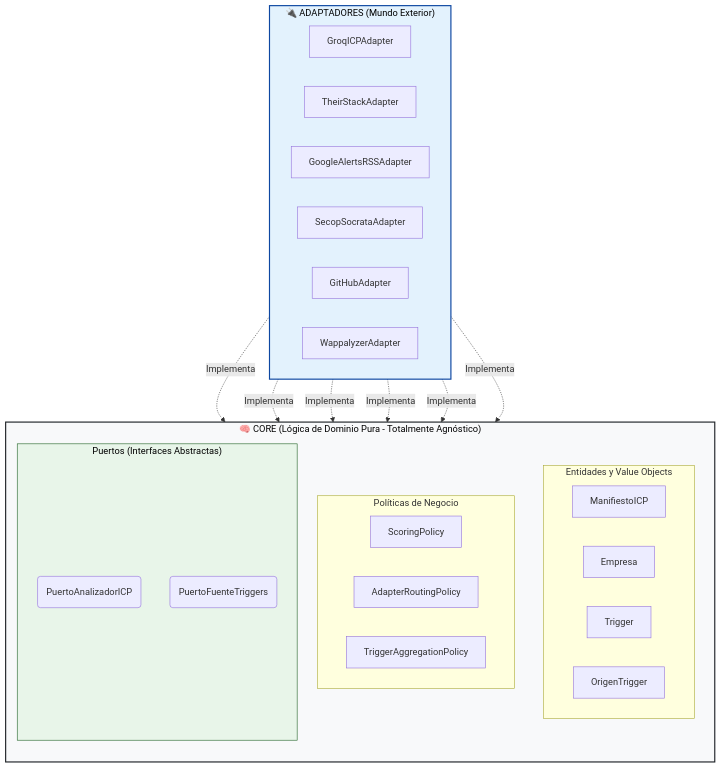
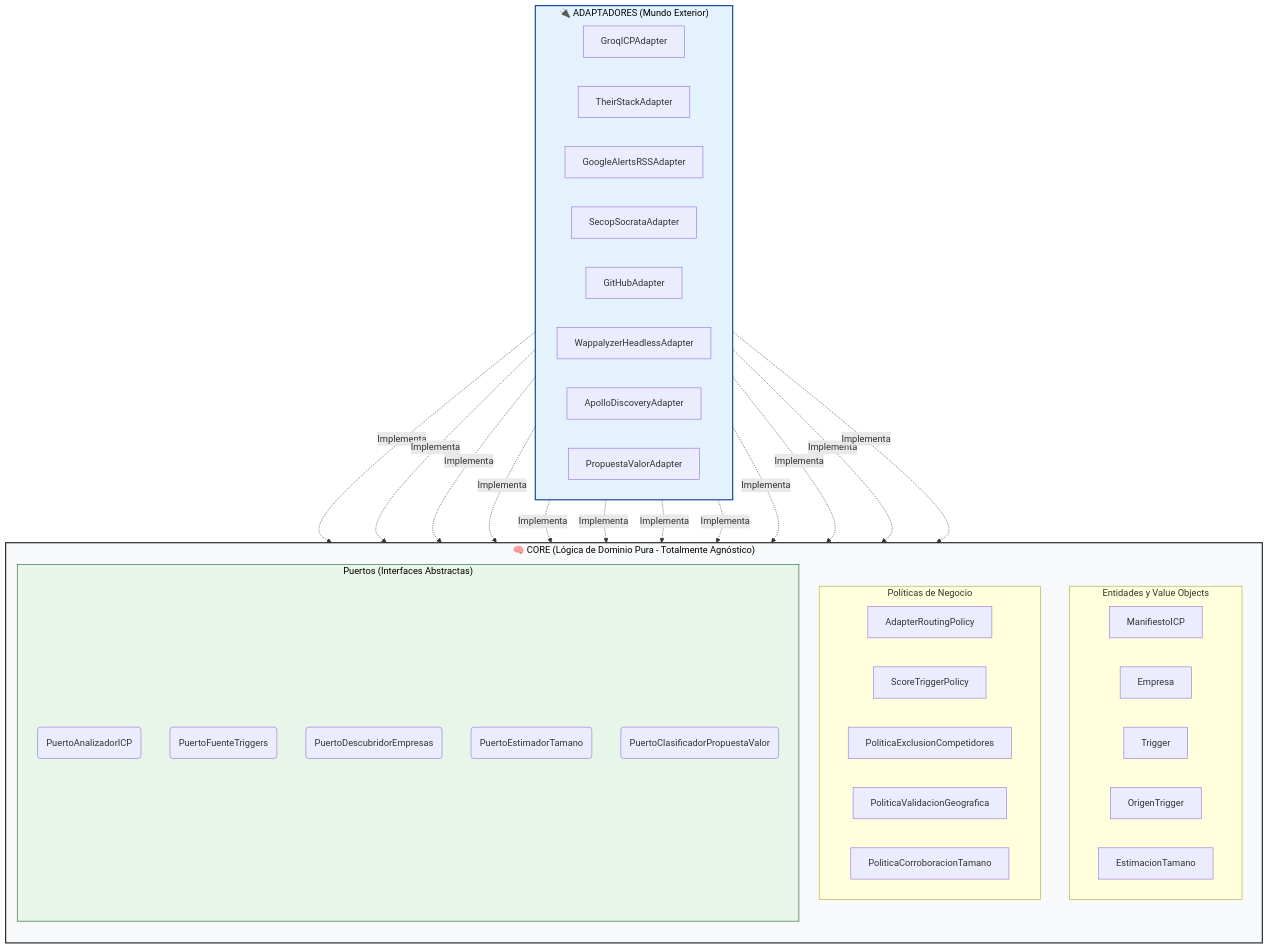
Before and after one commit to yeisonestiv109/estudio_skills_ia_claude: the third of 3 diagrams in 10-Memoria_Consolidada/flujos_motor_1_y_2.md, drawn with Mermaid. The commit also changed other lines of this file and 5 other files, not shown here.

````diff
--- a/10-Memoria_Consolidada/flujos_motor_1_y_2.md
+++ b/10-Memoria_Consolidada/flujos_motor_1_y_2.md
@@ -344,42 +448,56 @@
 ```mermaid
 flowchart TB
     subgraph Core ["🧠 CORE (Lógica de Dominio Pura - Totalmente Agnóstico)"]
         direction TB
         subgraph Modelos ["Entidades y Value Objects"]
             M1[ManifiestoICP]
             M2[Empresa]
             M3[Trigger]
             M4[OrigenTrigger]
+            M5[EstimacionTamano]
         end
         subgraph Politicas ["Políticas de Negocio"]
-            P1[ScoringPolicy]
             P2[AdapterRoutingPolicy]
-            P3[TriggerAggregationPolicy]
+            P3[ScoreTriggerPolicy]
+            P4[PoliticaExclusionCompetidores]
+            P5[PoliticaValidacionGeografica]
+            P6[PoliticaCorroboracionTamano]
         end
         subgraph Puertos ["Puertos (Interfaces Abstractas)"]
             PT1(PuertoAnalizadorICP)
             PT2(PuertoFuenteTriggers)
+            PT3(PuertoDescubridorEmpresas)
+            PT4(PuertoEstimadorTamano)
+            PT5(PuertoClasificadorPropuestaValor)
         end
     end
 
     subgraph Adaptadores ["🔌 ADAPTADORES (Mundo Exterior)"]
         direction LR
         A1[GroqICPAdapter]
         A2[TheirStackAdapter]
         A3[GoogleAlertsRSSAdapter]
         A4[SecopSocrataAdapter]
         A5[GitHubAdapter]
-        A6[WappalyzerAdapter]
+        A6[WappalyzerHeadlessAdapter]
+        A7[ApolloDiscoveryAdapter]
+        A8[PropuestaValorAdapter]
     end
 
     A1 -.->|Implementa| PT1
     A2 -.->|Implementa| PT2
+    A2 -.->|Implementa| PT3
+    A2 -.->|Implementa| PT4
     A3 -.->|Implementa| PT2
     A4 -.->|Implementa| PT2
+    A4 -.->|Implementa| PT4
     A5 -.->|Implementa| PT2
     A6 -.->|Implementa| PT2
+    A7 -.->|Implementa| PT3
+    A8 -.->|Implementa| PT4
+    A8 -.->|Implementa| PT5
 
     style Core fill:#f8f9fa,stroke:#212529,stroke-width:2px,color:#000
     style Adaptadores fill:#e3f2fd,stroke:#0d47a1,stroke-width:2px,color:#000
     style Puertos fill:#e8f5e9,stroke:#1b5e20,stroke-width:1px,color:#000
 ```
````
